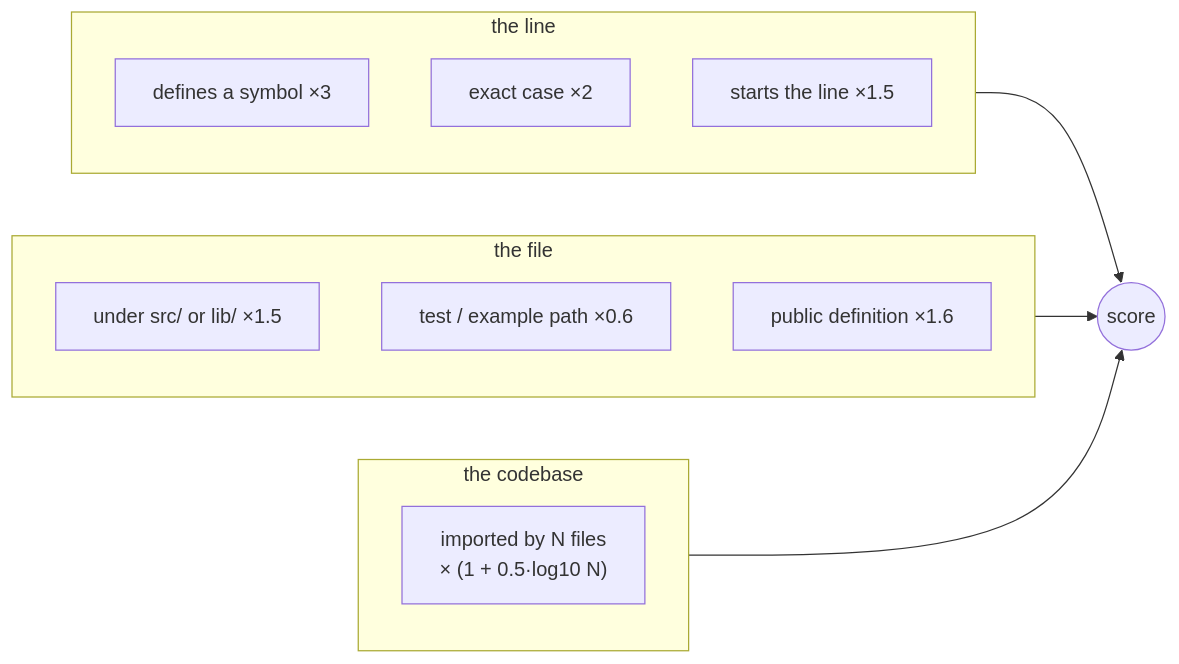
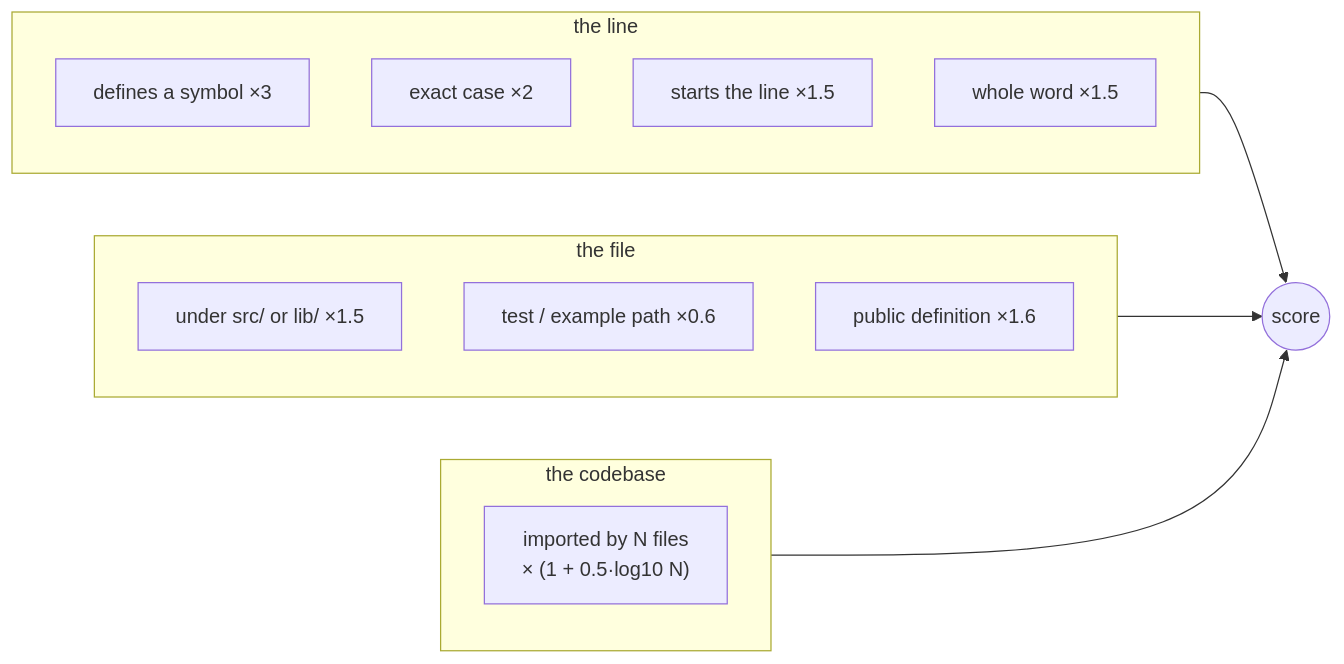
One commit to jburrow/fast_code_search changed the diagram in docs/book/src/how-it-works/ranking.md. Above: the diagram before and after it, drawn with Mermaid. The commit also changed other lines of this file and 12 other files, not shown here.

First line of the commit message:
Pending count by file, whole-word ranking, faster load after changes, benchmark history kept (#192)

````diff
--- a/docs/book/src/how-it-works/ranking.md
+++ b/docs/book/src/how-it-works/ranking.md
@@ -7,21 +7,22 @@
 ```mermaid
 flowchart LR
     subgraph line["the line"]
         direction TB
         A[defines a symbol ×3]
         B[exact case ×2]
         C[starts the line ×1.5]
+        W[whole word ×1.5]
     end
     subgraph file["the file"]
         direction TB
         E[under src/ or lib/ ×1.5]
         F[test / example path ×0.6]
         H[public definition ×1.6]
     end
     subgraph codebase["the codebase"]
         G["imported by N files<br/>× (1 + 0.5·log10 N)"]
     end
     line --> S((score))
     file --> S
     codebase --> S
 ```
````
